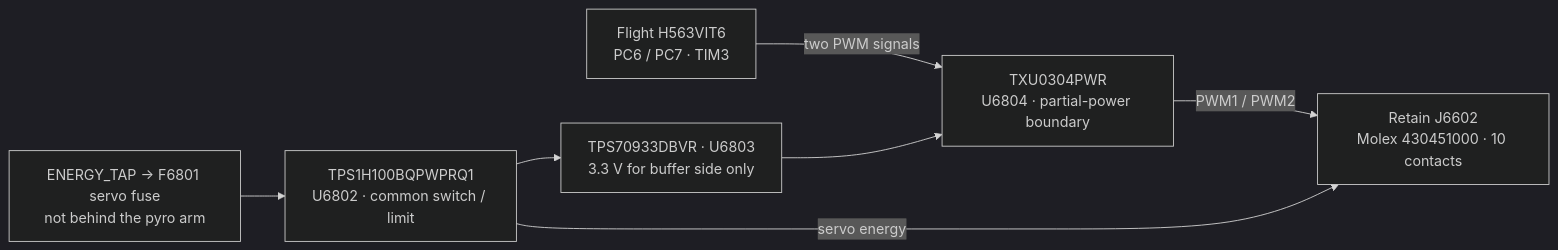
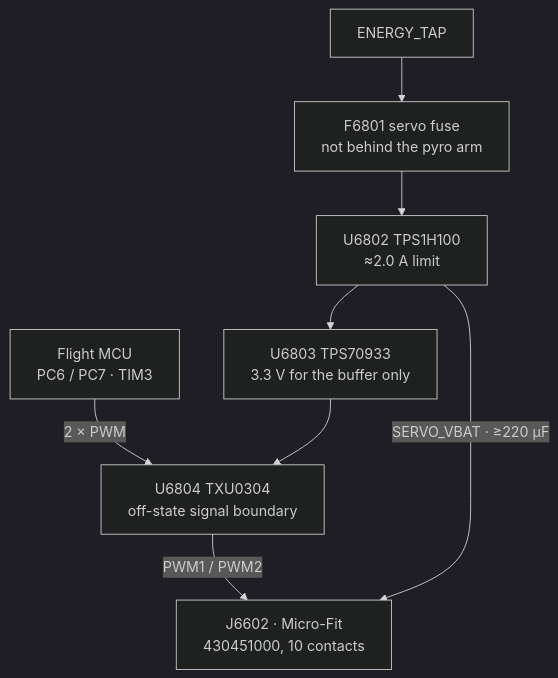
Before and after one commit to ULAS-HiPR/Ogma2: the diagram in docs/architecture/04-servos.md, drawn with Mermaid (dark theme). The commit also changed other lines of this file and 25 other files, not shown here.

````diff
--- a/docs/architecture/04-servos.md
+++ b/docs/architecture/04-servos.md
@@ -20,15 +8,16 @@
 ```mermaid
-flowchart LR
-  F["Flight H563VIT6
-PC6 / PC7 · TIM3"] -->|"two PWM signals"| B["TXU0304PWR
-U6804 · partial-power boundary"]
-  B -->|"PWM1 / PWM2"| J["Retain J6602
-Molex 430451000 · 10 contacts"]
-  V["ENERGY_TAP → F6801 servo fuse
-not behind the pyro arm"] --> W["TPS1H100BQPWPRQ1
-U6802 · common switch / limit"]
-  W -->|"servo energy"| J
-  W --> L["TPS70933DBVR · U6803
-3.3 V for buffer side only"]
+flowchart TB
+  T["ENERGY_TAP"] --> FU["F6801 servo fuse
+not behind the pyro arm"]
+  FU --> W["U6802 TPS1H100
+≈2.0 A limit"]
+  W --> L["U6803 TPS70933
+3.3 V for the buffer only"]
+  F["Flight MCU
+PC6 / PC7 · TIM3"] -->|"2 × PWM"| B["U6804 TXU0304
+off-state signal boundary"]
   L --> B
+  B -->|"PWM1 / PWM2"| J["J6602 · Micro-Fit
+430451000, 10 contacts"]
+  W -->|"SERVO_VBAT · ≥220 µF"| J
 ```
````
